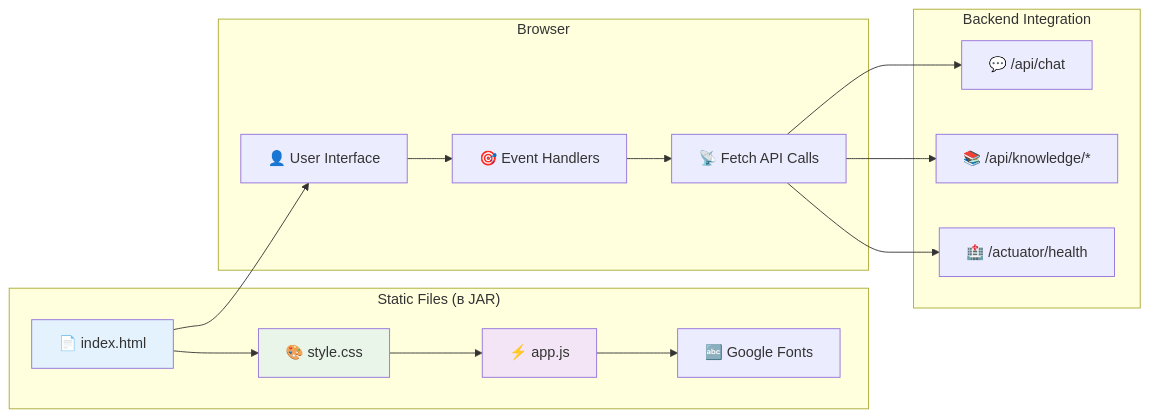
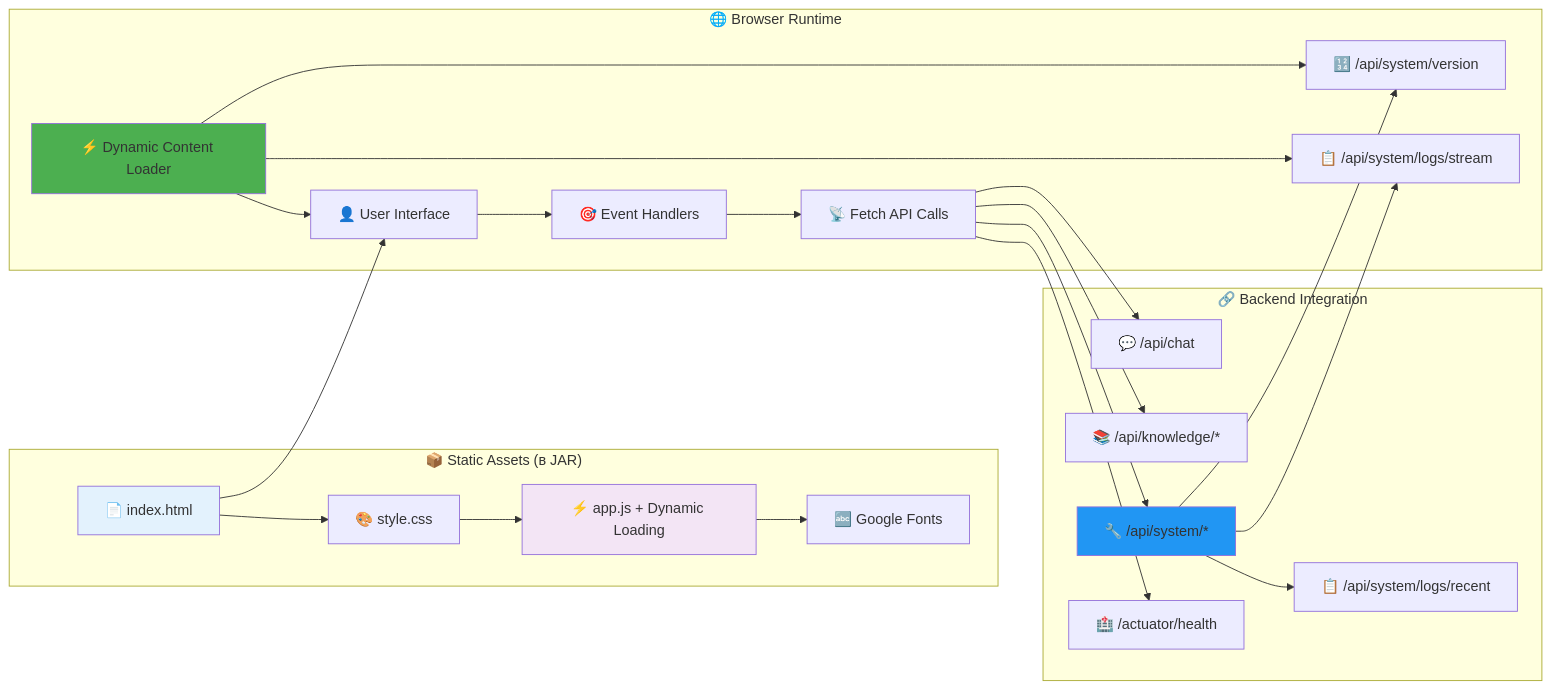
One commit to Danny-sth/vtoroy changed the ninth of 18 diagrams in ARCHITECTURE.md. Above: the diagram before and after it, drawn with Mermaid. The commit also changed other lines of this file, not shown here.

First line of the commit message:
docs: Update ARCHITECTURE.md for v0.4.0 with Clean Architecture and ML classification

````diff
--- a/ARCHITECTURE.md
+++ b/ARCHITECTURE.md
@@ -231,25 +385,35 @@
 ```mermaid
 graph LR
-    subgraph "Static Files (в JAR)"
+    subgraph "📦 Static Assets (в JAR)"
         HTML[📄 index.html] --> CSS[🎨 style.css]
-        CSS --> JS[⚡ app.js]
+        CSS --> JS[⚡ app.js + Dynamic Loading]
         JS --> Fonts[🔤 Google Fonts]
     end
     
-    subgraph "Browser"
+    subgraph "🌐 Browser Runtime"
         UI[👤 User Interface] --> EventHandlers[🎯 Event Handlers]
         EventHandlers --> API_Calls[📡 Fetch API Calls]
+        
+        DynamicLoader[⚡ Dynamic Content Loader] --> VersionAPI[🔢 /api/system/version]
+        DynamicLoader --> LogsStream[📋 /api/system/logs/stream]
     end
     
-    subgraph "Backend Integration"
+    subgraph "🔗 Backend Integration"
         API_Calls --> ChatAPI[💬 /api/chat]
         API_Calls --> KnowledgeAPI[📚 /api/knowledge/*]
+        API_Calls --> SystemAPI[🔧 /api/system/*]
         API_Calls --> HealthAPI[🏥 /actuator/health]
+        
+        SystemAPI --> VersionAPI
+        SystemAPI --> LogsStream
+        SystemAPI --> LogsRecent[📋 /api/system/logs/recent]
     end
     
     HTML --> UI
+    DynamicLoader --> UI
     
+    style DynamicLoader fill:#4CAF50
+    style SystemAPI fill:#2196F3
     style HTML fill:#e3f2fd
     style JS fill:#f3e5f5
-    style CSS fill:#e8f5e8
 ```
````
